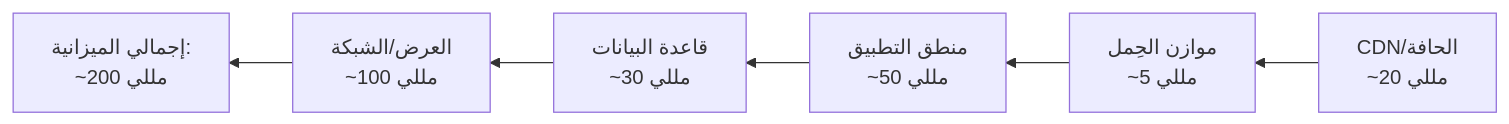
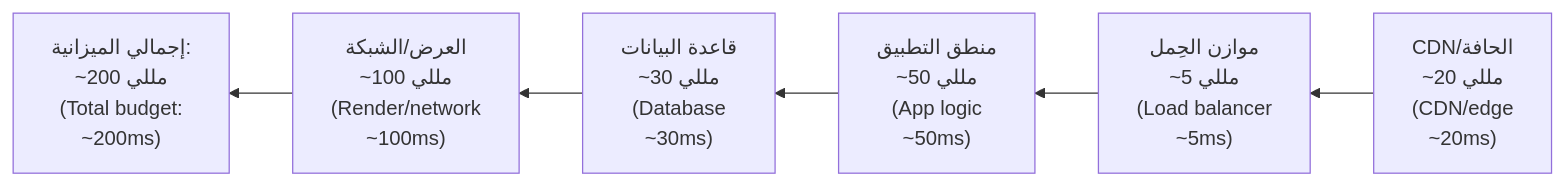
One commit to Tamoura/system-design-for-vibe-coders changed the seventh of 7 diagrams in modules/10-scaling/module.ar.md. Above: the diagram before and after it, drawn with Mermaid. The commit also changed other lines of this file and 62 other files, not shown here.

First line of the commit message:
Arabic editions: English on every diagram label, RTL fixes, rebuild

````diff
--- a/modules/10-scaling/module.ar.md
+++ b/modules/10-scaling/module.ar.md
@@ -532,8 +532,8 @@
 ```mermaid
 flowchart RL
-    A["CDN/الحافة<br/>~20 مللي"] --> B["موازن الحِمل<br/>~5 مللي"]
-    B --> C["منطق التطبيق<br/>~50 مللي"]
-    C --> D["قاعدة البيانات<br/>~30 مللي"]
-    D --> E["العرض/الشبكة<br/>~100 مللي"]
-    E --> T["إجمالي الميزانية:<br/>~200 مللي"]
+    A["CDN/الحافة<br/>~20 مللي<br/>(CDN/edge<br/>~20ms)"] --> B["موازن الحِمل<br/>~5 مللي<br/>(Load balancer<br/>~5ms)"]
+    B --> C["منطق التطبيق<br/>~50 مللي<br/>(App logic<br/>~50ms)"]
+    C --> D["قاعدة البيانات<br/>~30 مللي<br/>(Database<br/>~30ms)"]
+    D --> E["العرض/الشبكة<br/>~100 مللي<br/>(Render/network<br/>~100ms)"]
+    E --> T["إجمالي الميزانية:<br/>~200 مللي<br/>(Total budget:<br/>~200ms)"]
 ```
````
